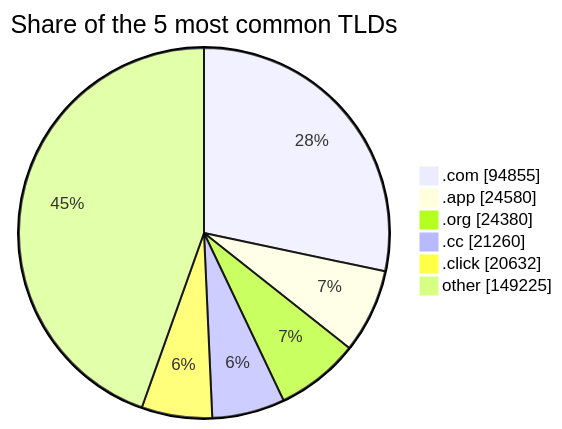
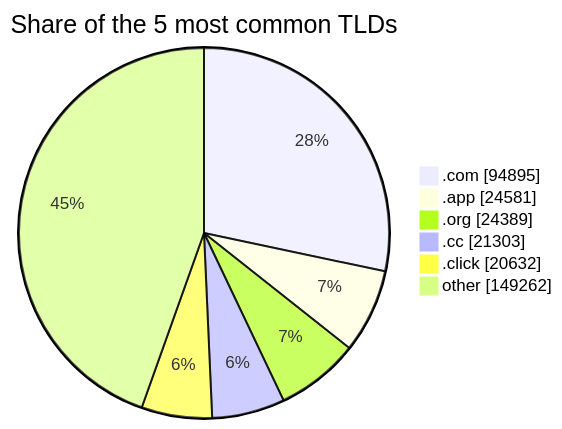
Before and after one commit to DNSBunker/CTI: the third of 3 diagrams in README.md, drawn with Mermaid. The commit also changed other lines of this file and 4 other files, not shown here.

````diff
--- a/README.md
+++ b/README.md
@@ -81,9 +81,9 @@
 ```mermaid
 pie showData title Share of the 5 most common TLDs
-    ".com" : 94855
-    ".app" : 24580
-    ".org" : 24380
-    ".cc" : 21260
+    ".com" : 94895
+    ".app" : 24581
+    ".org" : 24389
+    ".cc" : 21303
     ".click" : 20632
-    "other" : 149225
+    "other" : 149262
 ```
````
